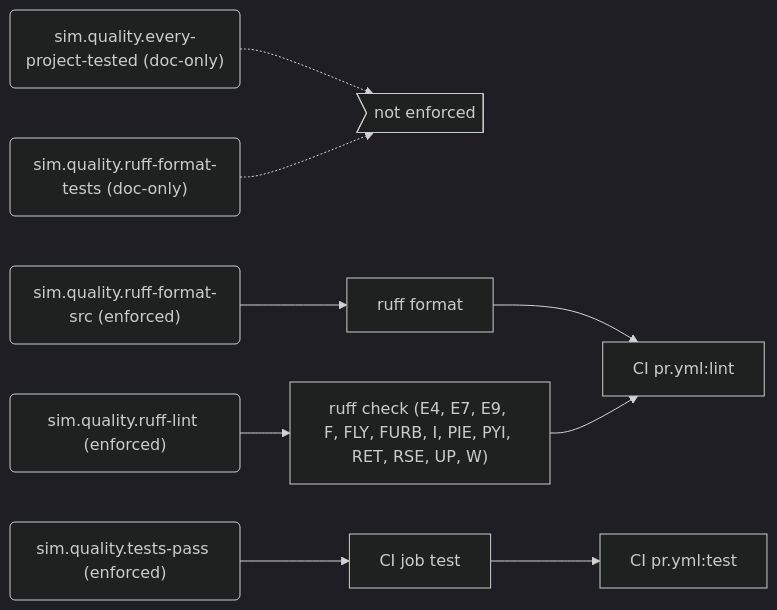
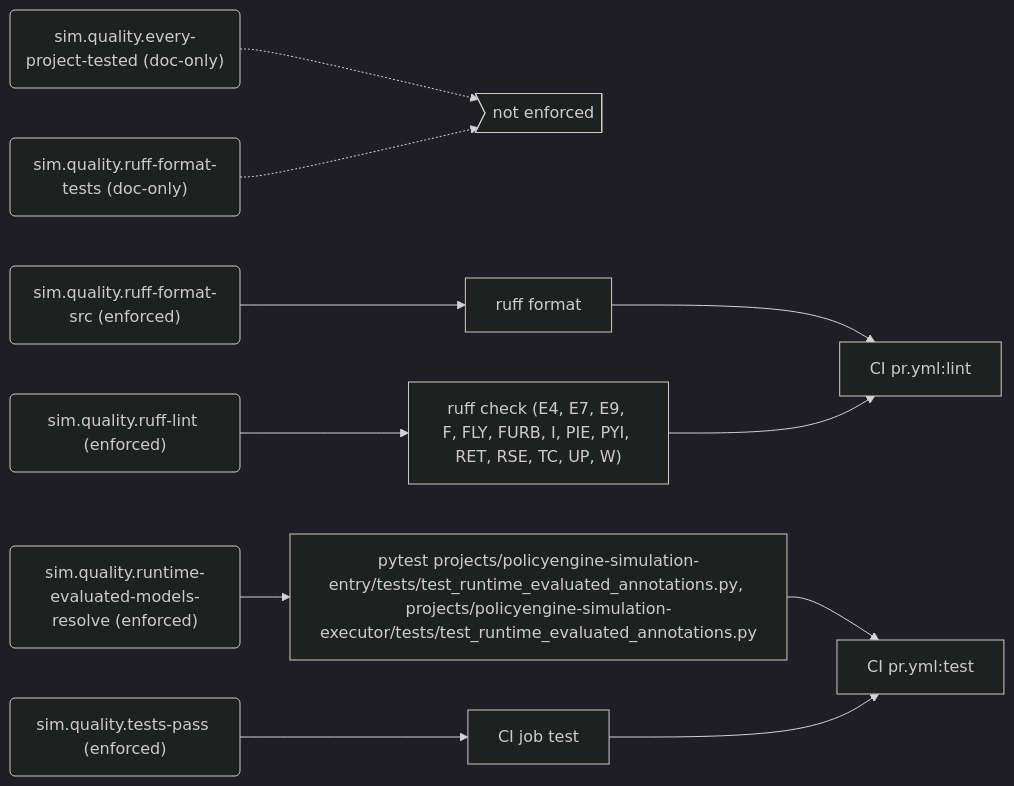
The sixth of 8 diagrams in docs/generated/rules.md (PolicyEngine/policyengine-sim-api), drawn with Mermaid (dark theme) before and after one commit. The commit also changed other lines of this file and 66 other files, not shown here.

````diff
--- a/docs/generated/rules.md
+++ b/docs/generated/rules.md
@@ -255,22 +256,26 @@
 ```mermaid
 flowchart LR
   r_sim_quality_every_project_tested("sim.quality.every-project-tested (doc-only)")
   gap_unenforced>"not enforced"]
   r_sim_quality_ruff_format_src("sim.quality.ruff-format-src (enforced)")
   e_ruff_format["ruff format"]
   j_CI_pr_yml_lint["CI pr.yml:lint"]
   r_sim_quality_ruff_format_tests("sim.quality.ruff-format-tests (doc-only)")
   r_sim_quality_ruff_lint("sim.quality.ruff-lint (enforced)")
-  e_ruff_check__E4__E7__E9__F__FLY__FURB__I__PIE__PYI__RET__RSE__UP__W_["ruff check (E4, E7, E9, F, FLY, FURB, I, PIE, PYI, RET, RSE, UP, W)"]
+  e_ruff_check__E4__E7__E9__F__FLY__FURB__I__PIE__PYI__RET__RSE__TC__UP__W_["ruff check (E4, E7, E9, F, FLY, FURB, I, PIE, PYI, RET, RSE, TC, UP, W)"]
+  r_sim_quality_runtime_evaluated_models_resolve("sim.quality.runtime-evaluated-models-resolve (enforced)")
+  e_pytest_projects_policyengine_simulation_entry_tests_test_runtime_evaluated_annotations_py__projects_policyengine_simulation_executor_tests_test_runtime_evaluated_annotations_py["pytest projects/policyengine-simulation-entry/tests/test_runtime_evaluated_annotations.py, projects/policyengine-simulation-executor/tests/test_runtime_evaluated_annotations.py"]
+  j_CI_pr_yml_test["CI pr.yml:test"]
   r_sim_quality_tests_pass("sim.quality.tests-pass (enforced)")
   e_CI_job_test["CI job test"]
-  j_CI_pr_yml_test["CI pr.yml:test"]
   r_sim_quality_every_project_tested -.-> gap_unenforced
   r_sim_quality_ruff_format_src --> e_ruff_format
   e_ruff_format --> j_CI_pr_yml_lint
   r_sim_quality_ruff_format_tests -.-> gap_unenforced
-  r_sim_quality_ruff_lint --> e_ruff_check__E4__E7__E9__F__FLY__FURB__I__PIE__PYI__RET__RSE__UP__W_
-  e_ruff_check__E4__E7__E9__F__FLY__FURB__I__PIE__PYI__RET__RSE__UP__W_ --> j_CI_pr_yml_lint
+  r_sim_quality_ruff_lint --> e_ruff_check__E4__E7__E9__F__FLY__FURB__I__PIE__PYI__RET__RSE__TC__UP__W_
+  e_ruff_check__E4__E7__E9__F__FLY__FURB__I__PIE__PYI__RET__RSE__TC__UP__W_ --> j_CI_pr_yml_lint
+  r_sim_quality_runtime_evaluated_models_resolve --> e_pytest_projects_policyengine_simulation_entry_tests_test_runtime_evaluated_annotations_py__projects_policyengine_simulation_executor_tests_test_runtime_evaluated_annotations_py
+  e_pytest_projects_policyengine_simulation_entry_tests_test_runtime_evaluated_annotations_py__projects_policyengine_simulation_executor_tests_test_runtime_evaluated_annotations_py --> j_CI_pr_yml_test
   r_sim_quality_tests_pass --> e_CI_job_test
   e_CI_job_test --> j_CI_pr_yml_test
 ```
````
